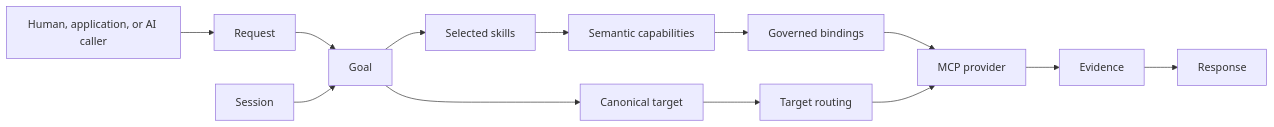
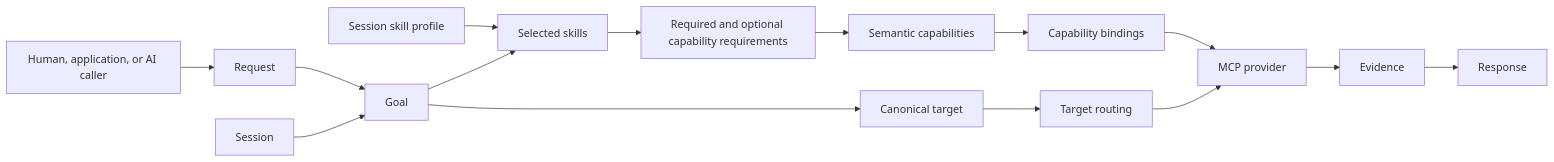
Before and after one commit to gruffy-dev/test: the first of 5 diagrams in README.md, drawn with Mermaid. The commit also changed other lines of this file, not shown here.

````diff
--- a/README.md
+++ b/README.md
@@ -146,15 +154,17 @@
 ```mermaid
 flowchart LR
     Caller[Human, application, or AI caller] --> Request
     Request --> Goal
     Session --> Goal
+    Profile[Session skill profile] --> Skills
     Goal --> Skills[Selected skills]
-    Skills --> Capabilities[Semantic capabilities]
+    Skills --> Requirements[Required and optional capability requirements]
+    Requirements --> Capabilities[Semantic capabilities]
     Goal --> Target[Canonical target]
-    Capabilities --> Bindings[Governed bindings]
+    Capabilities --> Bindings[Capability bindings]
     Target --> Routing[Target routing]
     Bindings --> Provider[MCP provider]
     Routing --> Provider
     Provider --> Evidence
     Evidence --> Response
 ```
````
